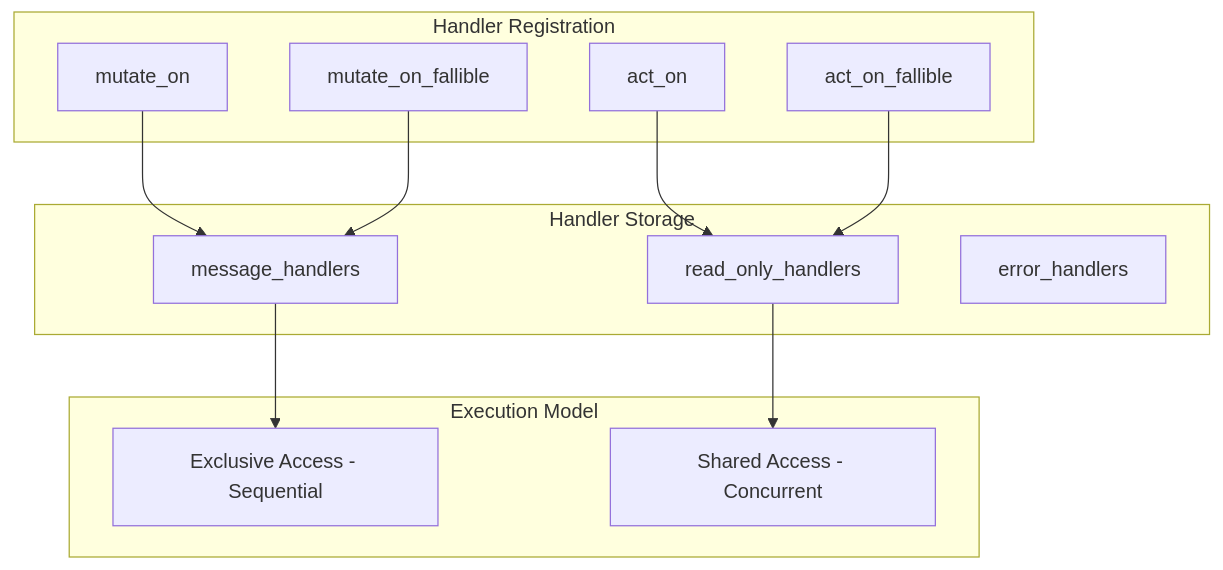
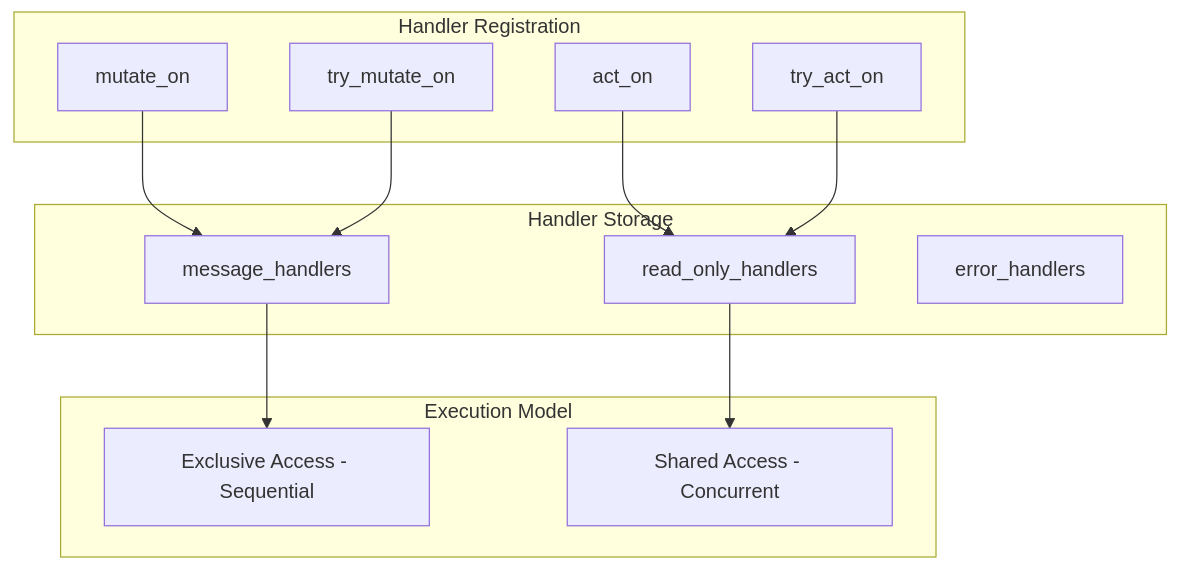
One commit to Govcraft/acton-reactive changed the sixth of 12 diagrams in acton-docs-site/src/app/docs/architecture/page.md. Above: the diagram before and after it, drawn with Mermaid. The commit also changed other lines of this file and 45 other files, not shown here.

````diff
--- a/acton-docs-site/src/app/docs/architecture/page.md
+++ b/acton-docs-site/src/app/docs/architecture/page.md
@@ -291,28 +291,28 @@
 ```mermaid
 graph TB
     subgraph HandlerReg["Handler Registration"]
         MutateOn["mutate_on"]
         ActOn["act_on"]
-        MutateOnFallible["mutate_on_fallible"]
-        ActOnFallible["act_on_fallible"]
+        MutateOnFallible["try_mutate_on"]
+        ActOnFallible["try_act_on"]
     end
 
     subgraph HandlerStore["Handler Storage"]
         MutableHandlers["message_handlers"]
         ReadOnlyHandlers["read_only_handlers"]
         ErrorHandlers["error_handlers"]
     end
 
     subgraph ExecModel["Execution Model"]
         Exclusive["Exclusive Access - Sequential"]
         Concurrent["Shared Access - Concurrent"]
     end
 
     MutateOn --> MutableHandlers
     MutateOnFallible --> MutableHandlers
     ActOn --> ReadOnlyHandlers
     ActOnFallible --> ReadOnlyHandlers
 
     MutableHandlers --> Exclusive
     ReadOnlyHandlers --> Concurrent
 ```
````
